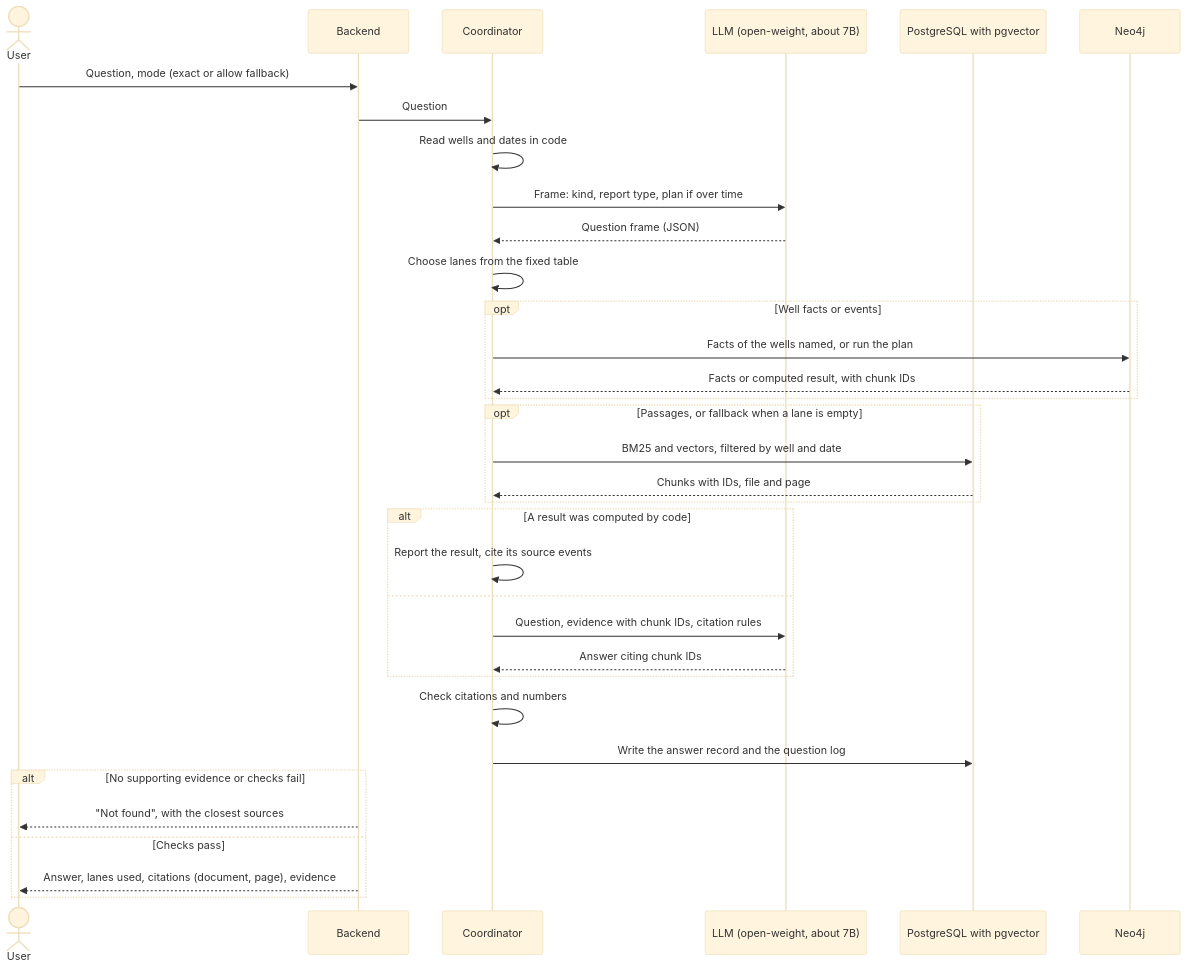
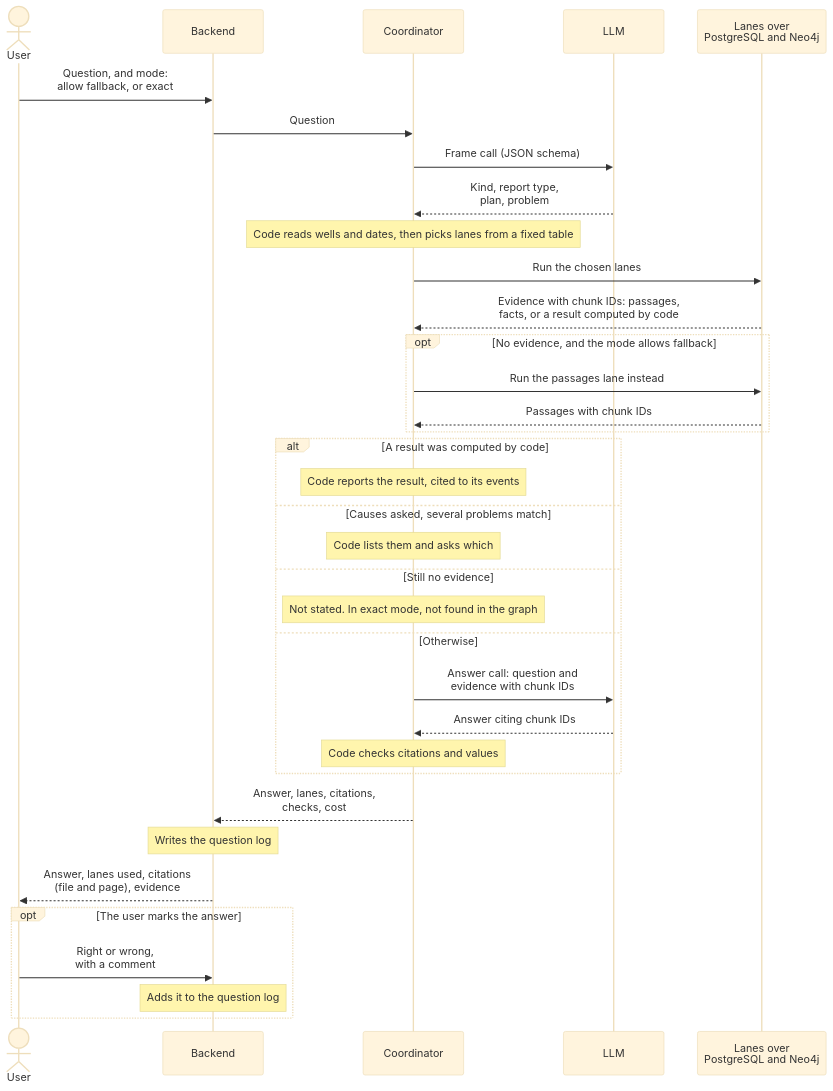
Before and after one commit to thaitri2005/Secure-O-G-LLM-and-Knowledge-Graph: the seventh of 9 diagrams in docs/PROJECT_DESIGN.md, drawn with Mermaid (base theme). The commit also changed other lines of this file and 47 other files, not shown here.

````diff
--- a/docs/PROJECT_DESIGN.md
+++ b/docs/PROJECT_DESIGN.md
@@ -949,36 +1001,37 @@
 ```mermaid
 sequenceDiagram
     actor User
     participant API as Backend
     participant CO as Coordinator
-    participant LLM as LLM (open-weight, about 7B)
-    participant PG as PostgreSQL with pgvector
-    participant NG as Neo4j
-    User->>API: Question, mode (exact or allow fallback)
+    participant LLM as LLM
+    participant LN as Lanes over<br/>PostgreSQL and Neo4j
+    User->>API: Question, and mode:<br/>allow fallback, or exact
     API->>CO: Question
-    CO->>CO: Read wells and dates in code
-    CO->>LLM: Frame: kind, report type, plan if over time
-    LLM-->>CO: Question frame (JSON)
-    CO->>CO: Choose lanes from the fixed table
-    opt Well facts or events
-        CO->>NG: Facts of the wells named, or run the plan
-        NG-->>CO: Facts or computed result, with chunk IDs
-    end
-    opt Passages, or fallback when a lane is empty
-        CO->>PG: BM25 and vectors, filtered by well and date
-        PG-->>CO: Chunks with IDs, file and page
+    CO->>LLM: Frame call (JSON schema)
+    LLM-->>CO: Kind, report type,<br/>plan, problem
+    Note over CO: Code reads wells and dates, then picks lanes from a fixed table
+    CO->>LN: Run the chosen lanes
+    LN-->>CO: Evidence with chunk IDs: passages,<br/>facts, or a result computed by code
+    opt No evidence, and the mode allows fallback
+        CO->>LN: Run the passages lane instead
+        LN-->>CO: Passages with chunk IDs
     end
     alt A result was computed by code
-        CO->>CO: Report the result, cite its source events
-    else
-        CO->>LLM: Question, evidence with chunk IDs, citation rules
+        Note over CO: Code reports the result, cited to its events
+    else Causes asked, several problems match
+        Note over CO: Code lists them and asks which
+    else Still no evidence
+        Note over CO: Not stated. In exact mode, not found in the graph
+    else Otherwise
+        CO->>LLM: Answer call: question and<br/>evidence with chunk IDs
         LLM-->>CO: Answer citing chunk IDs
+        Note over CO: Code checks citations and values
     end
-    CO->>CO: Check citations and numbers
-    CO->>PG: Write the answer record and the question log
-    alt No supporting evidence or checks fail
-        API-->>User: "Not found", with the closest sources
-    else Checks pass
-        API-->>User: Answer, lanes used, citations (document, page), evidence
+    CO-->>API: Answer, lanes, citations,<br/>checks, cost
+    Note over API: Writes the question log
+    API-->>User: Answer, lanes used, citations<br/>(file and page), evidence
+    opt The user marks the answer
+        User->>API: Right or wrong,<br/>with a comment
+        Note over API: Adds it to the question log
     end
 ```
````
